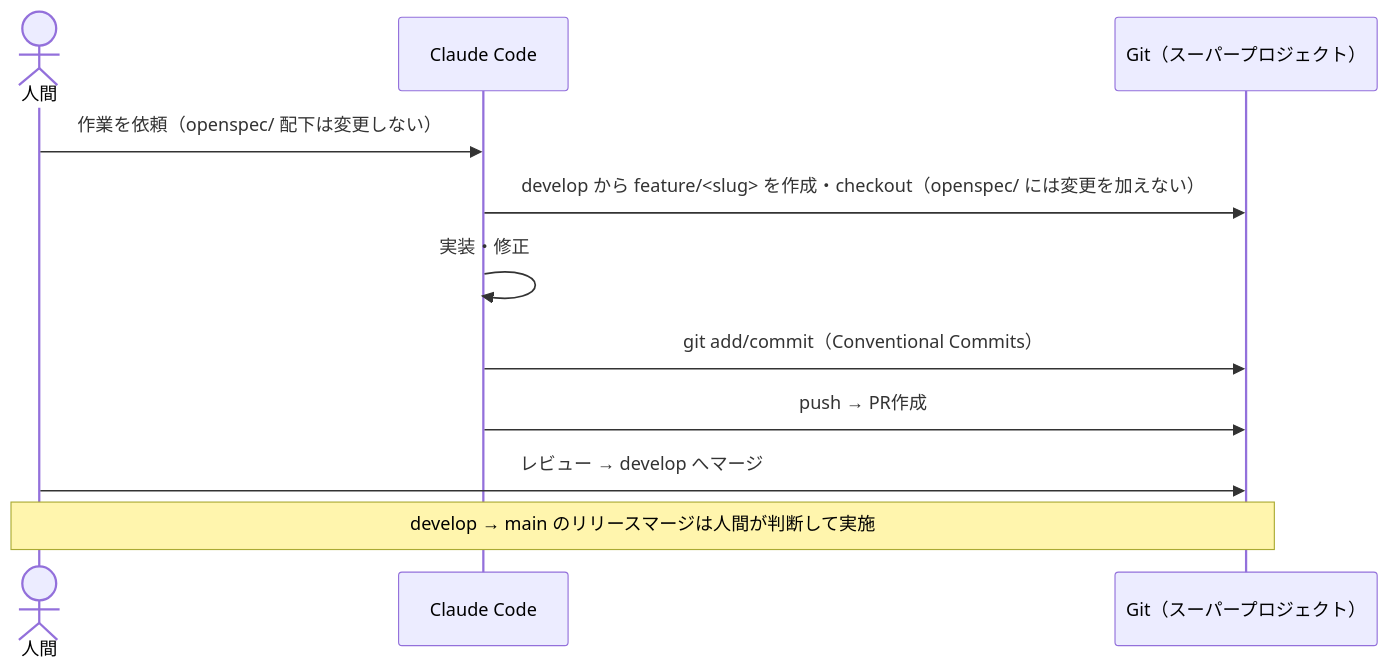
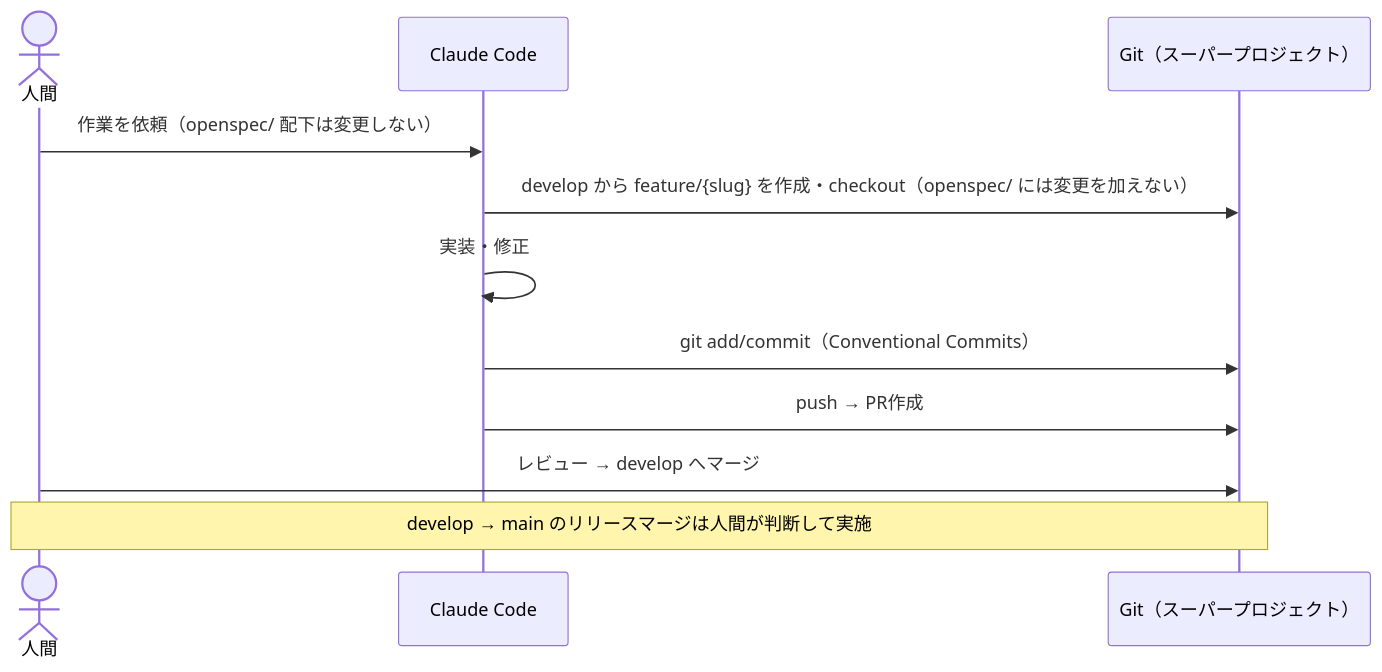
The second of 2 diagrams in README.md (naokidotdev/poc-openspec-superpowers), drawn with Mermaid before and after one commit. The commit also changed other lines of this file and 2 other files, not shown here.

First line of the commit message:
docs: align branch docs with develop and remove init-prompt.md

````diff
--- a/README.md
+++ b/README.md
@@ -57,15 +57,15 @@
 ```mermaid
 sequenceDiagram
     actor 人間
     participant Agent as Claude Code
     participant GitSuper as Git（スーパープロジェクト）
 
     人間->>Agent: 作業を依頼（openspec/ 配下は変更しない）
-    Agent->>GitSuper: develop から feature/<slug> を作成・checkout（openspec/ には変更を加えない）
+    Agent->>GitSuper: develop から feature/{slug} を作成・checkout（openspec/ には変更を加えない）
     Agent->>Agent: 実装・修正
     Agent->>GitSuper: git add/commit（Conventional Commits）
     Agent->>GitSuper: push → PR作成
     人間->>GitSuper: レビュー → develop へマージ
 
     Note over 人間,GitSuper: develop → main のリリースマージは人間が判断して実施
 ```
````
